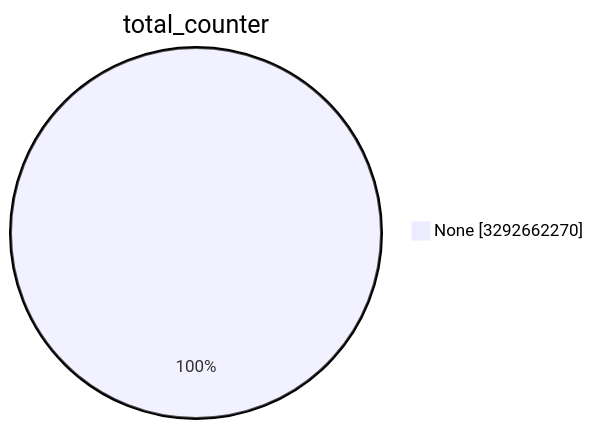
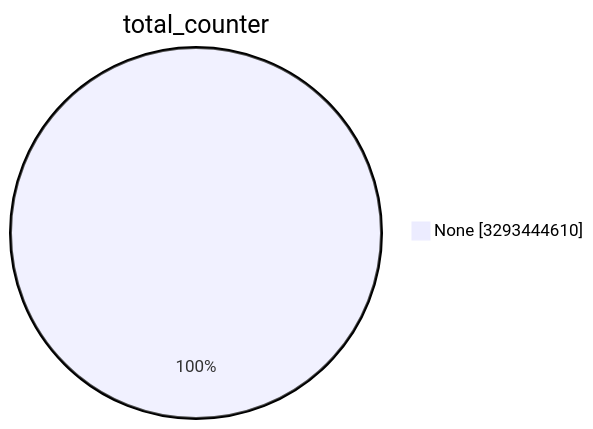
One commit to christiankrug/ctmonitor_visualization changed the first of 15 diagrams in TOTAL/README.md. Above: the diagram before and after it, drawn with Mermaid. The commit also changed other lines of this file, not shown here.

````diff
--- a/TOTAL/README.md
+++ b/TOTAL/README.md
@@ -1,5 +1,5 @@
 ```mermaid
 pie showData
 title total_counter
-"None" :3292662270
+"None" :3293444610
 ```
````
